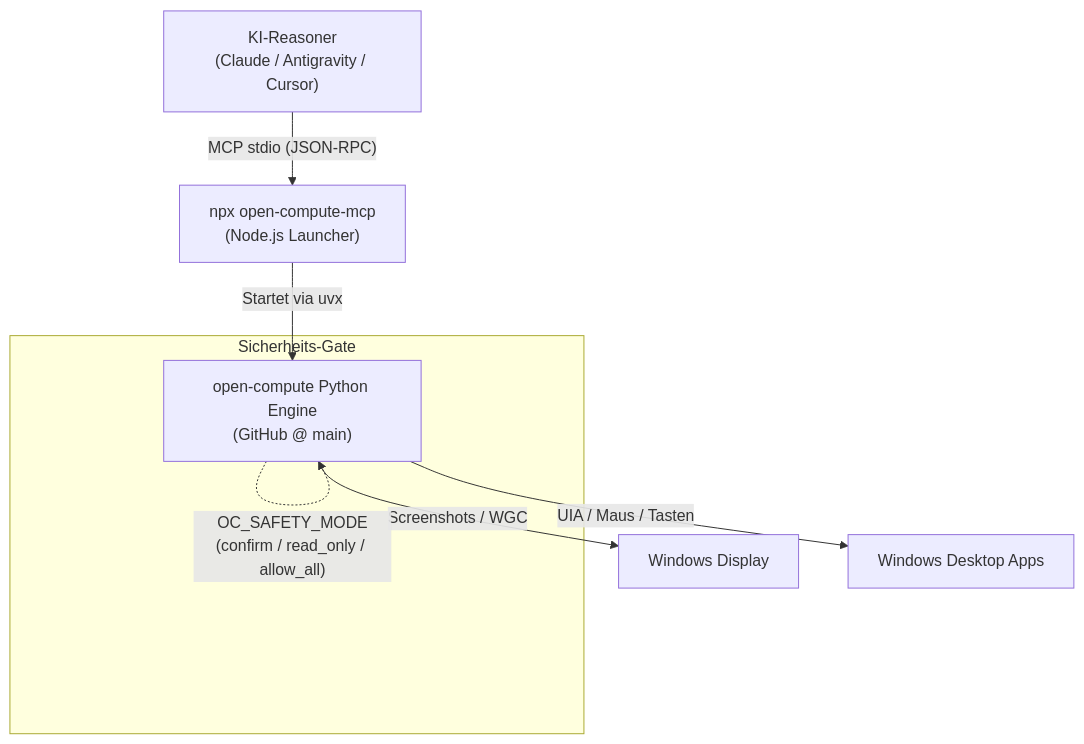
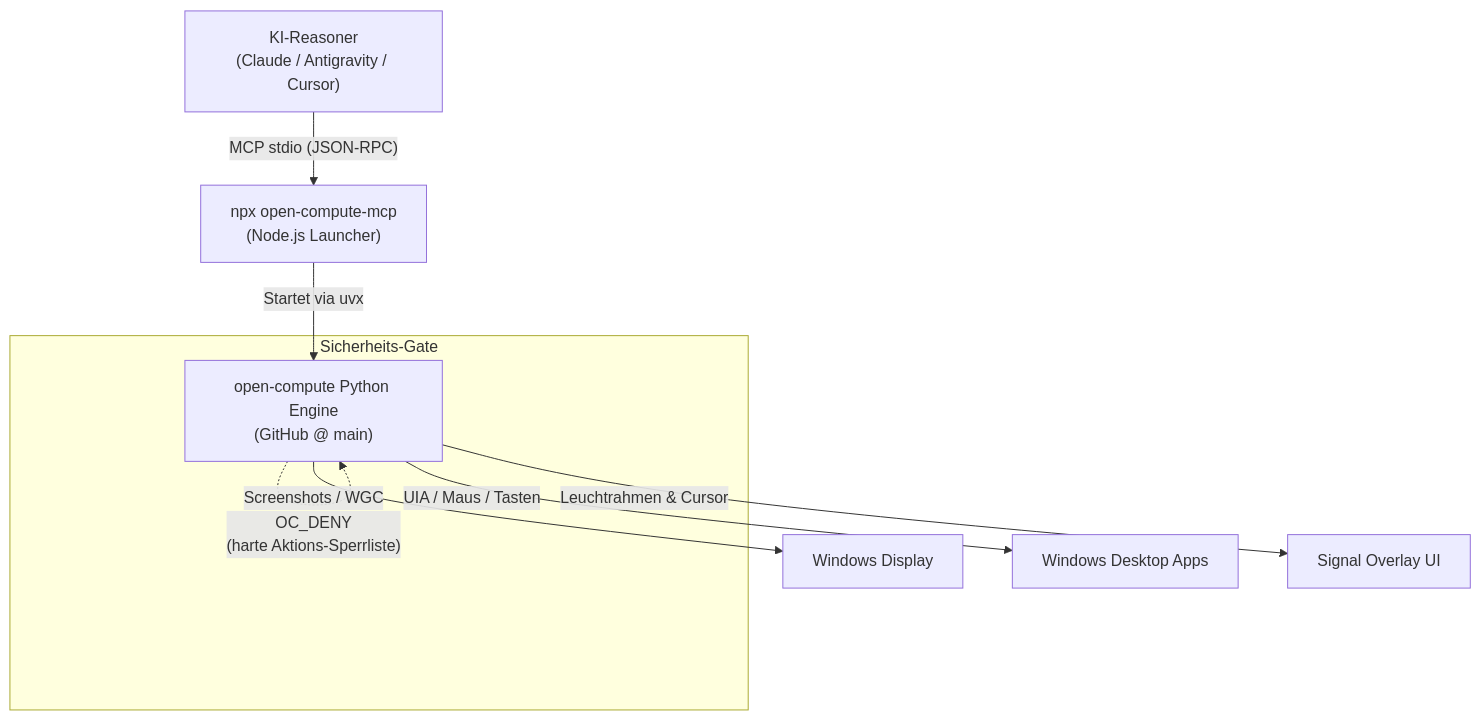
The first of 2 diagrams in README_de.md (ellmos-ai/open-compute-mcp), drawn with Mermaid before and after one commit. The commit also changed other lines of this file and 6 other files, not shown here.

Commit message:
docs: discoverability & metadata parity update for 16 MCP tools, Glama schema & llms.txt [G 2026-08-21]

````diff
--- a/README_de.md
+++ b/README_de.md
@@ -32,11 +60,13 @@
 ```mermaid
 graph TD
     A["KI-Reasoner<br/>(Claude / Antigravity / Cursor)"] -- "MCP stdio (JSON-RPC)" --> B["npx open-compute-mcp<br/>(Node.js Launcher)"]
     B -- "Startet via uvx" --> C["open-compute Python Engine<br/>(GitHub @ main)"]
     C -- "Screenshots / WGC" --> D["Windows Display"]
     C -- "UIA / Maus / Tasten" --> E["Windows Desktop Apps"]
+    C -- "Leuchtrahmen & Cursor" --> F["Signal Overlay UI"]
 
     subgraph Sicherheits-Gate
         C -. "OC_SAFETY_MODE<br/>(confirm / read_only / allow_all)" .-> C
+        C -. "OC_DENY<br/>(harte Aktions-Sperrliste)" .-> C
     end
 ```
````
